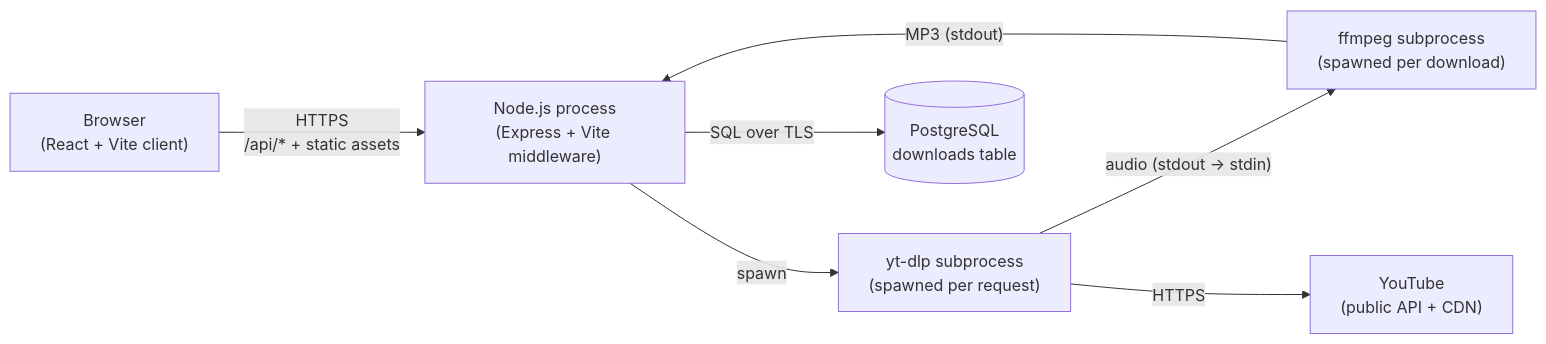
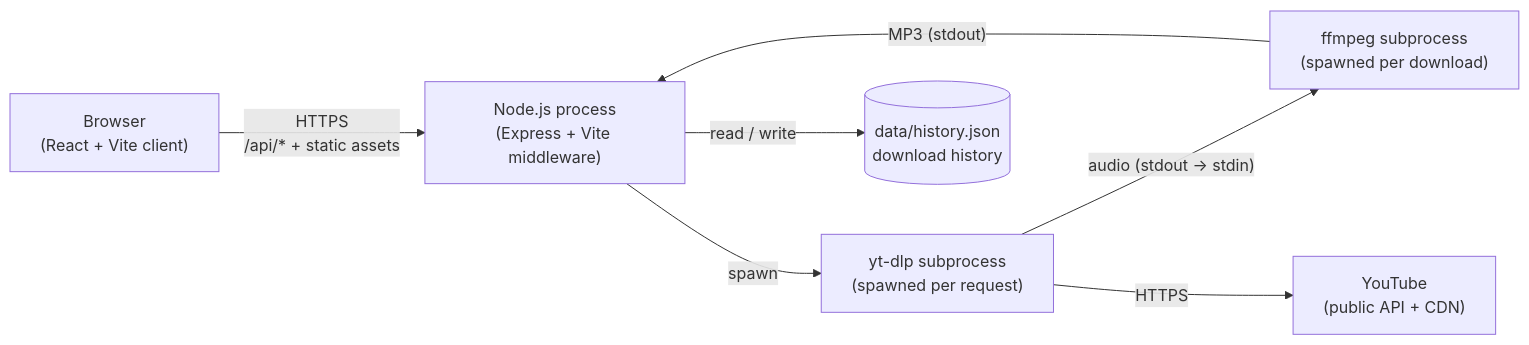
The first of 4 diagrams in TECHNICAL.md (ShayanZafar/YTDownload), drawn with Mermaid before and after one commit. The commit also changed other lines of this file and 17 other files, not shown here.

First line of the commit message:
Replace Postgres with a JSON history file

````diff
--- a/TECHNICAL.md
+++ b/TECHNICAL.md
@@ -106,16 +103,16 @@
 ```mermaid
 flowchart LR
   Browser["Browser<br/>(React + Vite client)"]
   Node["Node.js process<br/>(Express + Vite middleware)"]
   YtDlp["yt-dlp subprocess<br/>(spawned per request)"]
   Ffmpeg["ffmpeg subprocess<br/>(spawned per download)"]
   YouTube["YouTube<br/>(public API + CDN)"]
-  DB[("PostgreSQL<br/>downloads table")]
+  History[("data/history.json<br/>download history")]
 
   Browser -- "HTTPS<br/>/api/* + static assets" --> Node
   Node -- "spawn" --> YtDlp
   YtDlp -- "audio (stdout → stdin)" --> Ffmpeg
   Ffmpeg -- "MP3 (stdout)" --> Node
   YtDlp -- "HTTPS" --> YouTube
-  Node -- "SQL over TLS" --> DB
+  Node -- "read / write" --> History
 ```
````
